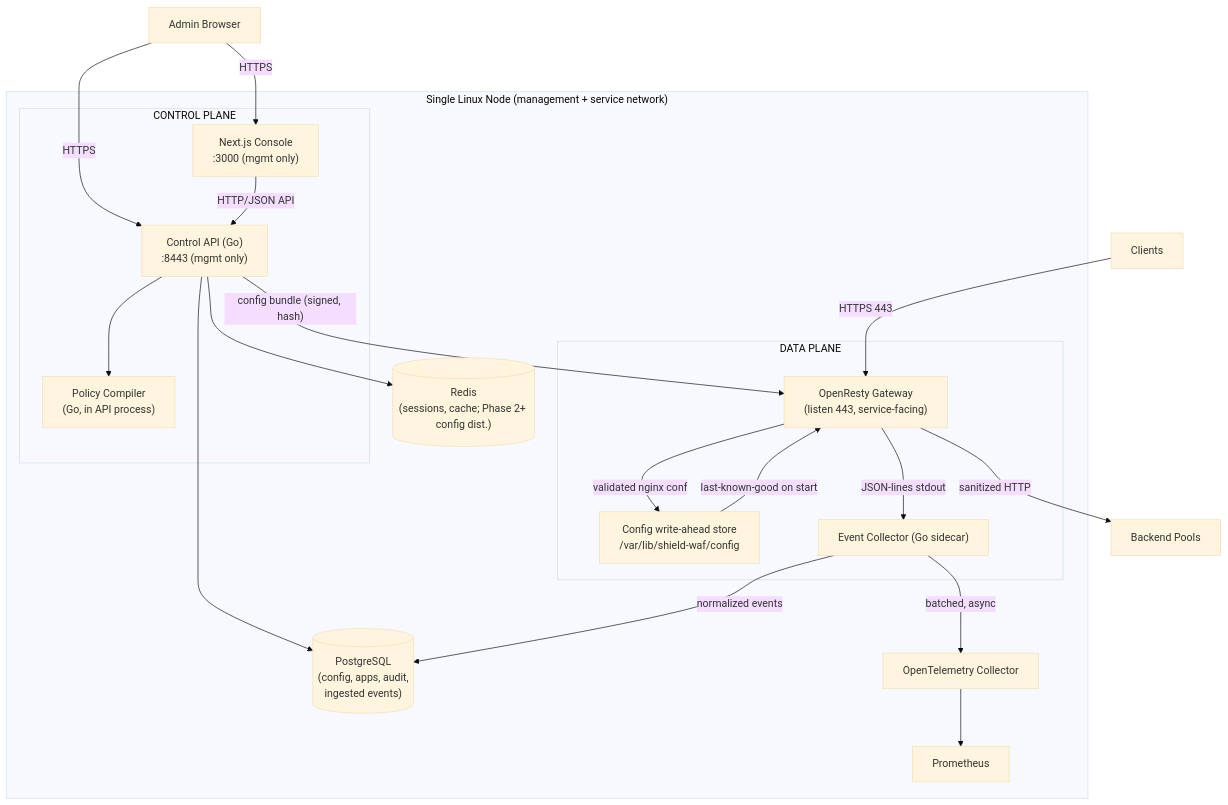
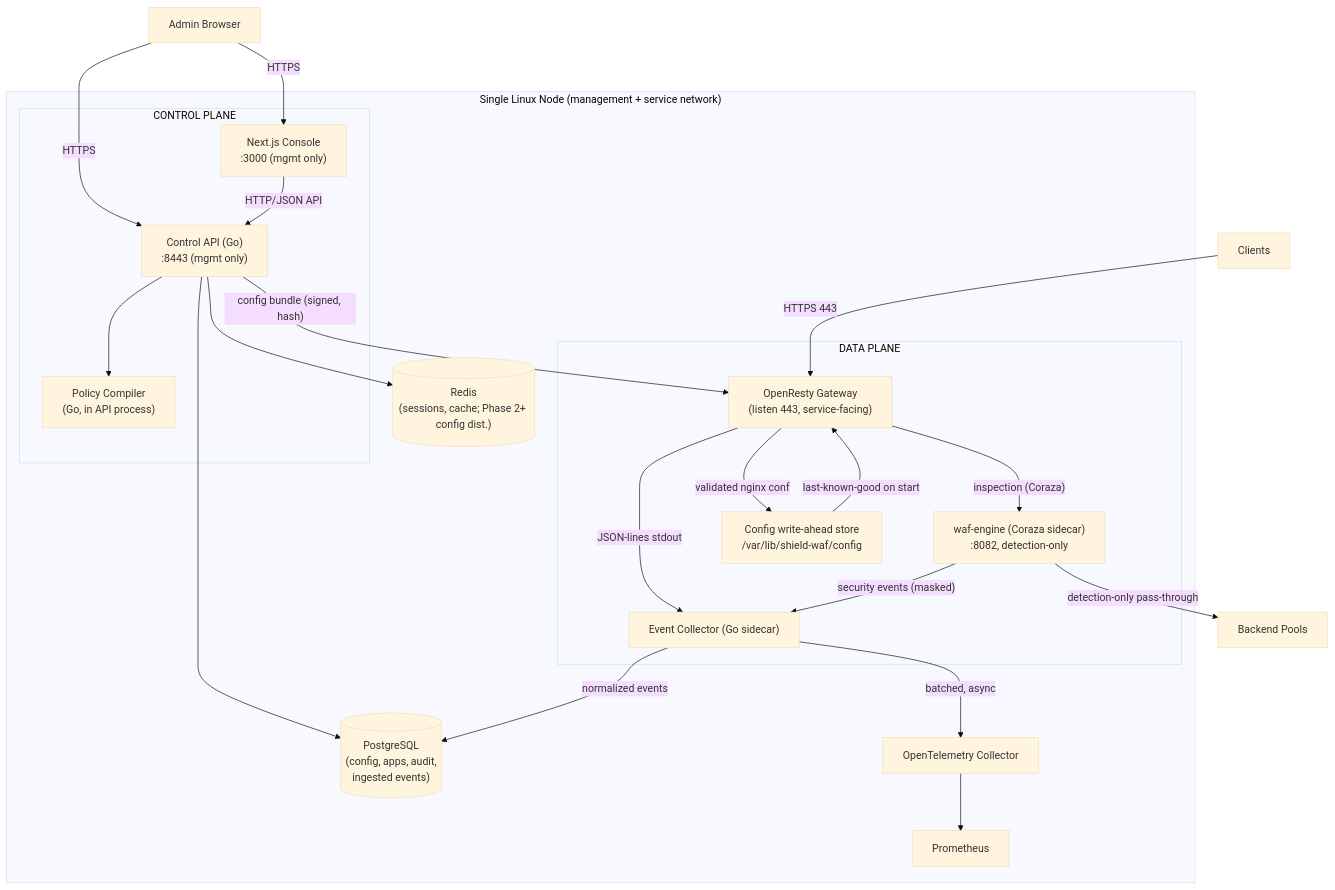
One commit to boniyeamincse/Ariba-Shield-WAF changed the second of 6 diagrams in docs/architecture/system-context-dataflow-diagrams.md. Above: the diagram before and after it, drawn with Mermaid (base theme). The commit also changed other lines of this file and 18 other files, not shown here.

````diff
--- a/docs/architecture/system-context-dataflow-diagrams.md
+++ b/docs/architecture/system-context-dataflow-diagrams.md
@@ -50,39 +50,42 @@
 ```mermaid
 flowchart TB
     subgraph Node["Single Linux Node (management + service network)"]
         subgraph DataPlane["DATA PLANE"]
             GWAPP["OpenResty Gateway\n(listen 443, service-facing)"]
+            WAF["waf-engine (Coraza sidecar)\n:8082, detection-only"]
             CACHE["Config write-ahead store\n/var/lib/shield-waf/config"]
             SIDECAR["Event Collector (Go sidecar)"]
         end
 
         subgraph ControlPlane["CONTROL PLANE"]
             API["Control API (Go)\n:8443 (mgmt only)"]
             CONSOLE["Next.js Console\n:3000 (mgmt only)"]
             COMPILER["Policy Compiler\n(Go, in API process)"]
         end
 
         DB[("PostgreSQL\n(config, apps, audit,\n ingested events)")]
         REDIS[("Redis\n(sessions, cache; Phase 2+ config dist.)")]
         OTLP["OpenTelemetry Collector"]
         PROM["Prometheus"]
     end
 
     ADM["Admin Browser"] -->|"HTTPS"| CONSOLE
     ADM -->|"HTTPS"| API
     CONSOLE -->|"HTTP/JSON API"| API
     API --> DB
     API --> REDIS
     API --> COMPILER
 
     CLIENT["Clients"] -->|"HTTPS 443"| GWAPP
     GWAPP -->|"validated nginx conf"| CACHE
     CACHE -->|"last-known-good on start"| GWAPP
     GWAPP -->|"JSON-lines stdout"| SIDECAR
+    GWAPP -->|"inspection (Coraza)"| WAF
+    WAF -->|"detection-only pass-through"| BACKEND["Backend Pools"]
+    WAF -->|"security events (masked)"| SIDECAR
     SIDECAR -->|"batched, async"| OTLP
     OTLP --> PROM
     SIDECAR -->|"normalized events"| DB
 
-    GWAPP -->|"sanitized HTTP"| BACKEND["Backend Pools"]
     API -->|"config bundle (signed, hash)"| GWAPP
 ```
````
